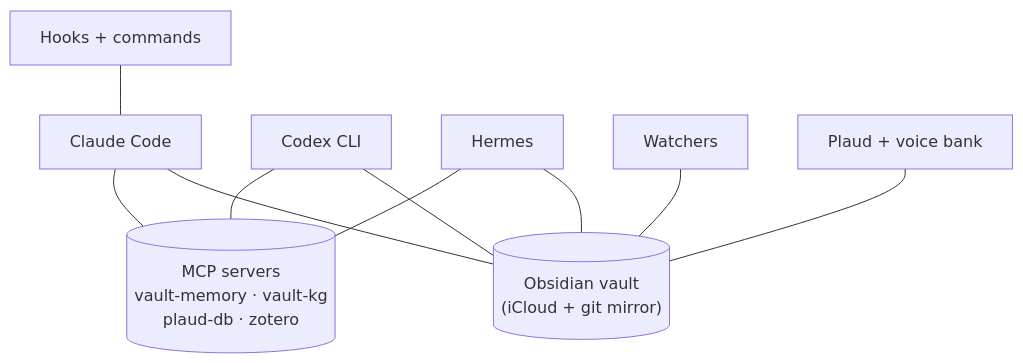
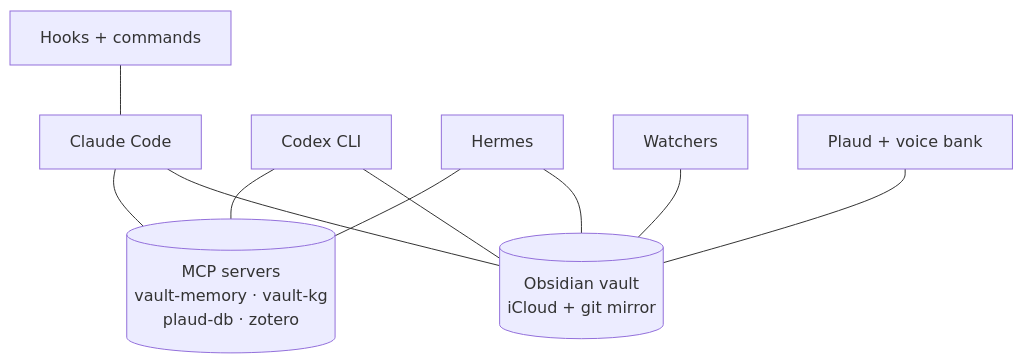
The first of 2 diagrams in README.md (yetiswang/mybrain-os), drawn with Mermaid before and after one commit. The commit also changed other lines of this file, not shown here.

Commit message:
mermaid: remove parens inside cylinder labels (parser conflict)

````diff
--- a/README.md
+++ b/README.md
@@ -62,21 +62,21 @@
 ```mermaid
 flowchart TB
-    V[("Obsidian vault<br/>(iCloud + git mirror)")]
+    V[("Obsidian vault<br/>iCloud + git mirror")]
     CC[Claude Code]
     CX[Codex CLI]
     HR[Hermes]
     MCP[("MCP servers<br/>vault-memory · vault-kg<br/>plaud-db · zotero")]
     H[Hooks + commands]
     W[Watchers]
     P[Plaud + voice bank]
 
     CC --- V
     CX --- V
     HR --- V
     CC --- MCP
     CX --- MCP
     HR --- MCP
     H --- CC
     W --- V
     P --- V
 ```
````
